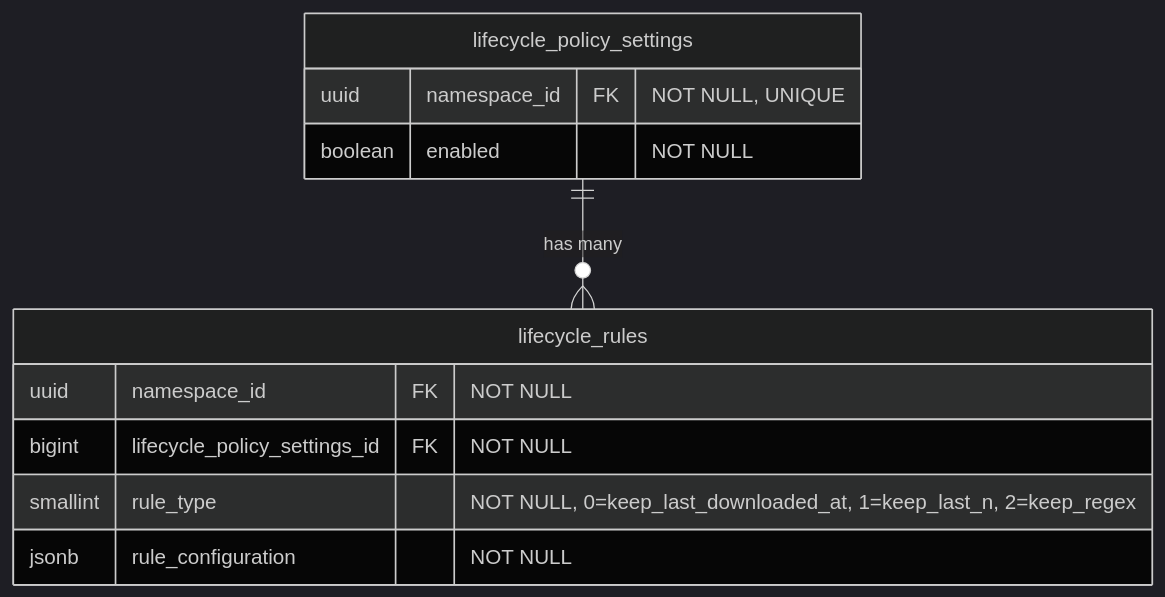
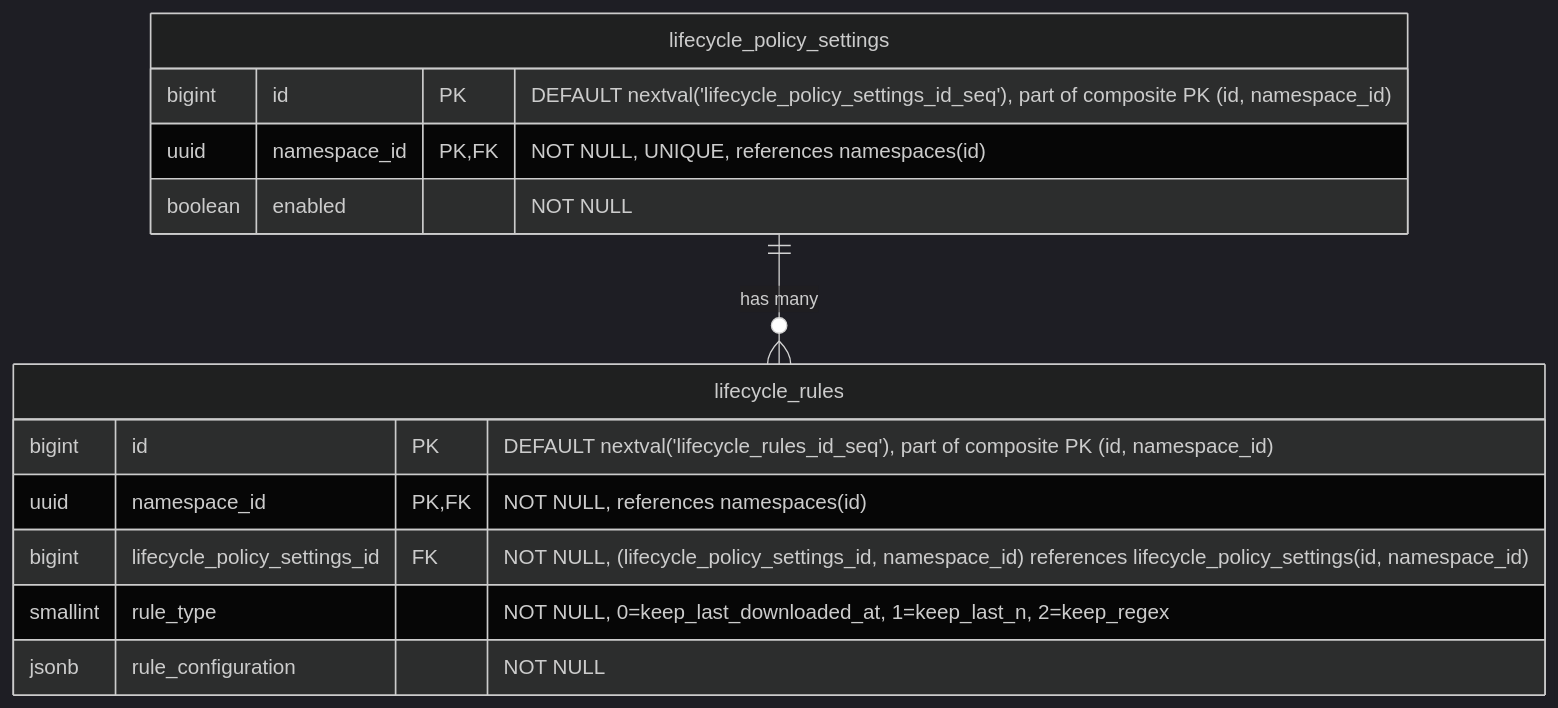
One commit to kyama0/gitlab-handbook-ja changed the fifth of 19 diagrams in content/handbook/engineering/architecture/design-documents/artifact_registry/decisions/007_database_schema.md. Above: the diagram before and after it, drawn with Mermaid (dark theme). The commit also changed other lines of this file and 7 other files, not shown here.

````diff
--- a/content/handbook/engineering/architecture/design-documents/artifact_registry/decisions/007_database_schema.md
+++ b/content/handbook/engineering/architecture/design-documents/artifact_registry/decisions/007_database_schema.md
@@ -255,16 +271,18 @@
 ```mermaid
 erDiagram
     lifecycle_policy_settings ||--o{ lifecycle_rules : "has many"
 
     lifecycle_policy_settings {
-        uuid namespace_id FK "NOT NULL, UNIQUE"
+        bigint id PK "DEFAULT nextval('lifecycle_policy_settings_id_seq'), part of composite PK (id, namespace_id)"
+        uuid namespace_id PK,FK "NOT NULL, UNIQUE, references namespaces(id)"
         boolean enabled "NOT NULL"
     }
 
     lifecycle_rules {
-        uuid namespace_id FK "NOT NULL"
-        bigint lifecycle_policy_settings_id FK "NOT NULL"
+        bigint id PK "DEFAULT nextval('lifecycle_rules_id_seq'), part of composite PK (id, namespace_id)"
+        uuid namespace_id PK,FK "NOT NULL, references namespaces(id)"
+        bigint lifecycle_policy_settings_id FK "NOT NULL, (lifecycle_policy_settings_id, namespace_id) references lifecycle_policy_settings(id, namespace_id)"
         smallint rule_type "NOT NULL, 0=keep_last_downloaded_at, 1=keep_last_n, 2=keep_regex"
         jsonb rule_configuration "NOT NULL"
     }
 ```
````
